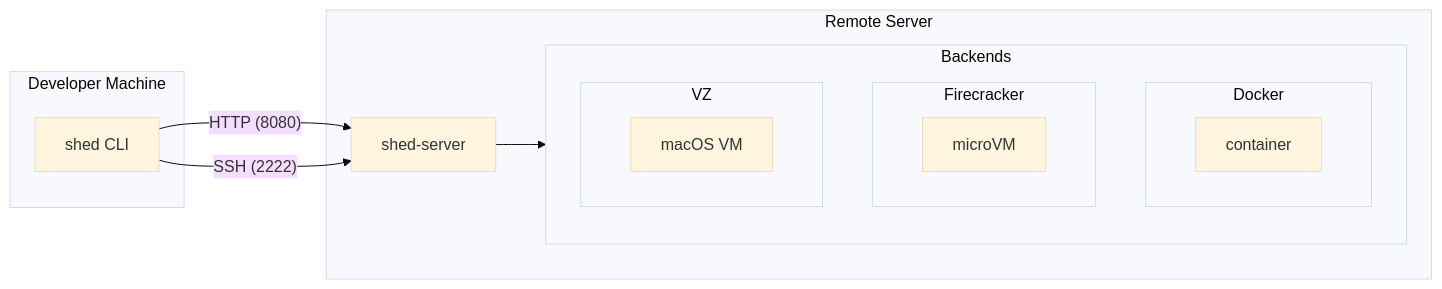
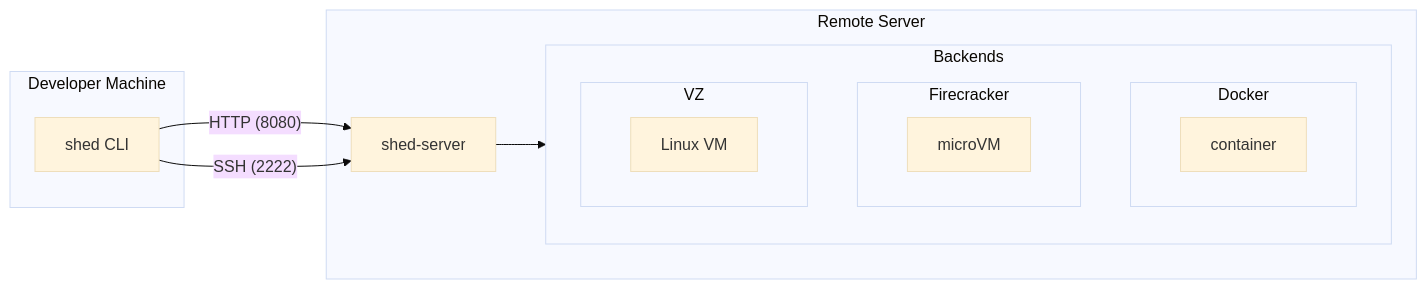
The diagram in docs/index.md (charliek/shed), drawn with Mermaid (base theme) before and after one commit. The commit also changed 7 other files, not shown here.

````diff
--- a/docs/index.md
+++ b/docs/index.md
@@ -29,25 +29,25 @@
 ```mermaid
 flowchart LR
     subgraph client["Developer Machine"]
         CLI["shed CLI"]
     end
 
     subgraph server["Remote Server"]
         SERVER["shed-server"]
         subgraph backends["Backends"]
             subgraph docker["Docker"]
                 SHED1["container"]
             end
             subgraph fc["Firecracker"]
                 VM1["microVM"]
             end
             subgraph vz["VZ"]
-                VM2["macOS VM"]
+                VM2["Linux VM"]
             end
         end
         SERVER --> backends
     end
 
     CLI -->|"HTTP (8080)"| SERVER
     CLI -->|"SSH (2222)"| SERVER
 ```
````
